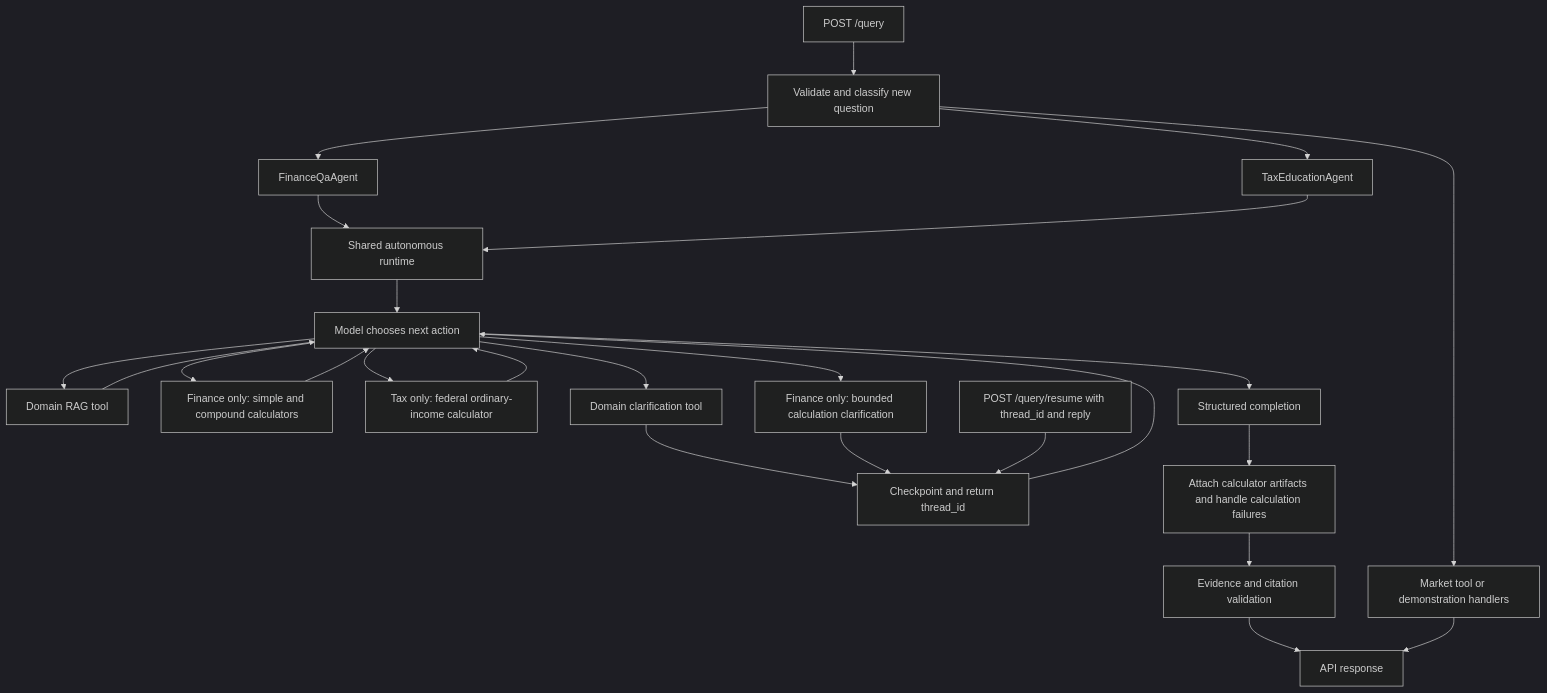
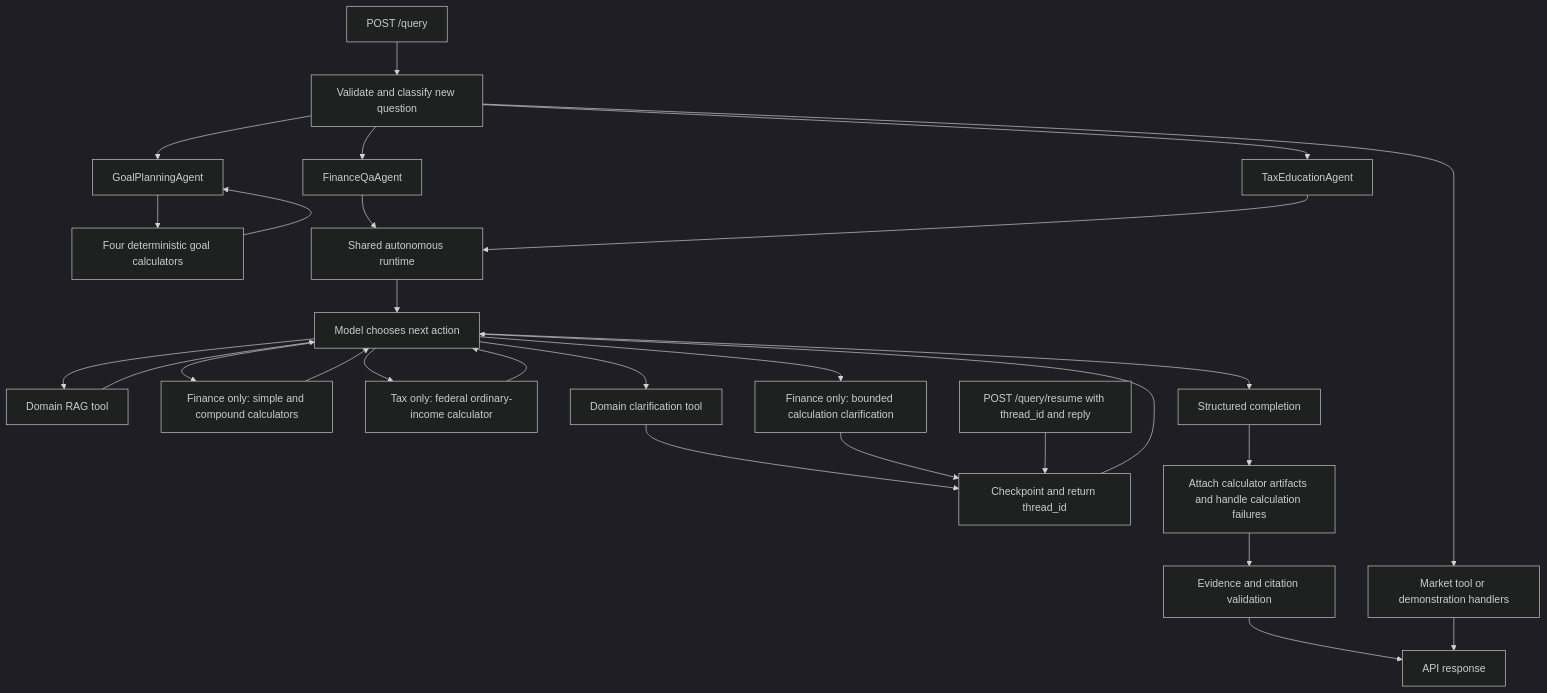
One commit to vinodkandibilla/ai-finance-assistant changed the first of 3 diagrams in README.md. Above: the diagram before and after it, drawn with Mermaid (dark theme). The commit also changed other lines of this file and 11 other files, not shown here.

Commit message:
Implemented goal analysis agent

````diff
--- a/README.md
+++ b/README.md
@@ -210,27 +211,30 @@
 ```mermaid
 flowchart TD
     Request[POST /query] --> Router[Validate and classify new question]
     Router --> Finance[FinanceQaAgent]
     Router --> Tax[TaxEducationAgent]
+    Router --> Goals[GoalPlanningAgent]
+    Goals --> GoalTools[Four deterministic goal calculators]
+    GoalTools --> Goals
     Router --> Other[Market tool or demonstration handlers]
     Finance --> Runtime[Shared autonomous runtime]
     Tax --> Runtime
     Runtime --> Model[Model chooses next action]
     Model --> Search[Domain RAG tool]
     Search --> Model
     Model --> FinanceCalc[Finance only: simple and compound calculators]
     FinanceCalc --> Model
     Model --> TaxCalc[Tax only: federal ordinary-income calculator]
     TaxCalc --> Model
     Model --> Clarify[Domain clarification tool]
     Model --> CalcClarify[Finance only: bounded calculation clarification]
     Clarify --> Pause[Checkpoint and return thread_id]
     CalcClarify --> Pause
     Resume[POST /query/resume with thread_id and reply] --> Pause
     Pause --> Model
     Model --> Result[Structured completion]
     Result --> Adapt[Attach calculator artifacts and handle calculation failures]
     Adapt --> Check[Evidence and citation validation]
     Check --> Response[API response]
     Other --> Response
 ```
````
